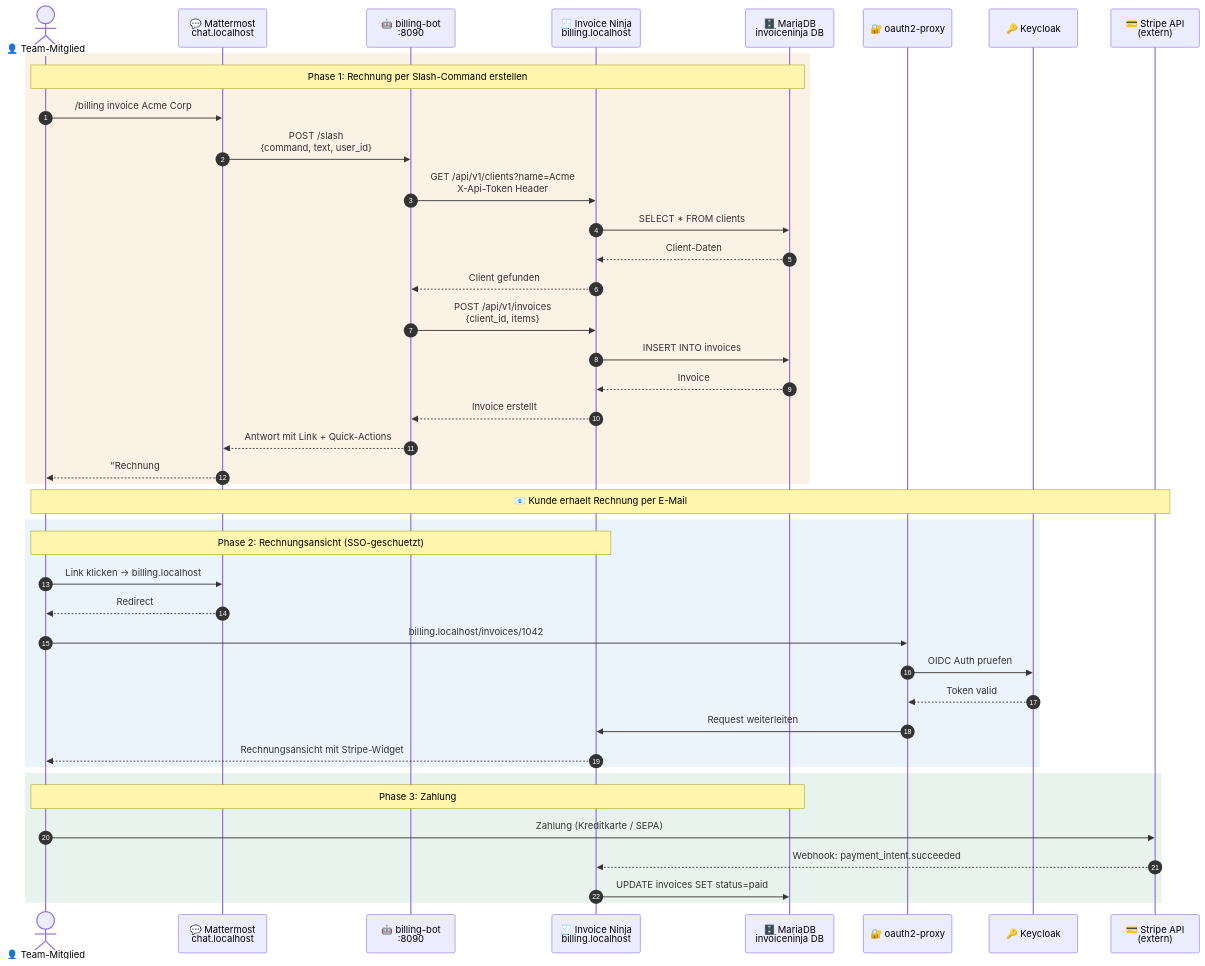
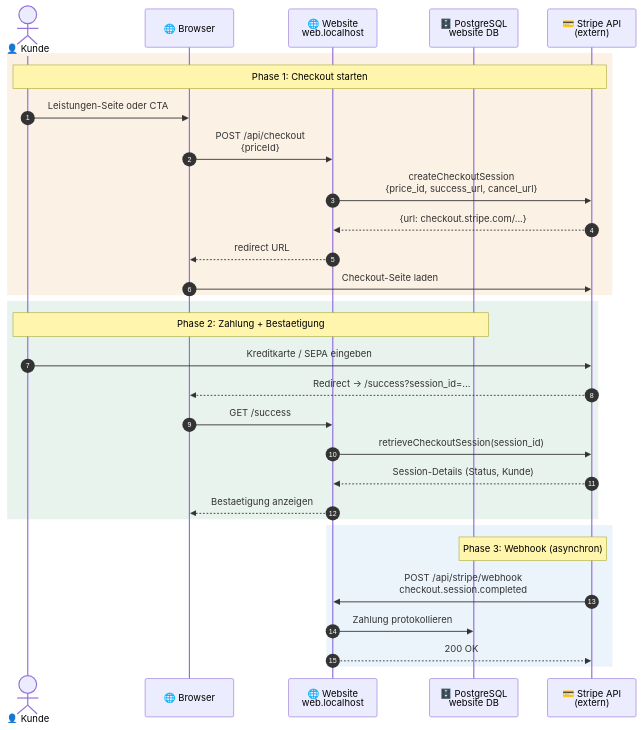
Before and after one commit to Paddione/Bachelorprojekt: the fifth of 10 diagrams in docs/architecture.md, drawn with Mermaid. The commit also changed other lines of this file and 11 other files, not shown here.

First line of the commit message:
docs: overhaul documentation to reflect current architecture

````diff
--- a/docs/architecture.md
+++ b/docs/architecture.md
@@ -387,49 +347,37 @@
 ```mermaid
 sequenceDiagram
     autonumber
 
-    actor User as 👤 Team-Mitglied
-    participant MM as 💬 Mattermost<br/>chat.localhost
-    participant BB as 🤖 billing-bot<br/>:8090
-    participant IN as 🧾 Invoice Ninja<br/>billing.localhost
-    participant MARIA as 🗄️ MariaDB<br/>invoiceninja DB
-    participant OAUTH as 🔐 oauth2-proxy
-    participant KC as 🔑 Keycloak
+    actor User as 👤 Kunde
+    participant Browser as 🌐 Browser
+    participant WEB as 🌐 Website<br/>web.localhost
+    participant DB as 🗄️ PostgreSQL<br/>website DB
     participant Stripe as 💳 Stripe API<br/>(extern)
 
     rect rgba(217, 119, 6, 0.1)
-        Note over User,MARIA: Phase 1: Rechnung per Slash-Command erstellen
-        User ->> MM: /billing invoice Acme Corp
-        MM ->> BB: POST /slash<br/>{command, text, user_id}
-        BB ->> IN: GET /api/v1/clients?name=Acme<br/>X-Api-Token Header
-        IN ->> MARIA: SELECT * FROM clients
-        MARIA -->> IN: Client-Daten
-        IN -->> BB: Client gefunden
-        BB ->> IN: POST /api/v1/invoices<br/>{client_id, items}
-        IN ->> MARIA: INSERT INTO invoices
-        MARIA -->> IN: Invoice #1042
-        IN -->> BB: Invoice erstellt
-        BB -->> MM: Antwort mit Link + Quick-Actions
-        MM -->> User: "Rechnung #1042 erstellt fuer Acme Corp"
-    end
-
-    Note over User,Stripe: 📧 Kunde erhaelt Rechnung per E-Mail
-
-    rect rgba(74, 144, 217, 0.1)
-        Note over User,IN: Phase 2: Rechnungsansicht (SSO-geschuetzt)
-        User ->> MM: Link klicken → billing.localhost
-        MM -->> User: Redirect
-        User ->> OAUTH: billing.localhost/invoices/1042
-        OAUTH ->> KC: OIDC Auth pruefen
-        KC -->> OAUTH: Token valid
-        OAUTH ->> IN: Request weiterleiten
-        IN -->> User: Rechnungsansicht mit Stripe-Widget
+        Note over User,Stripe: Phase 1: Checkout starten
+        User ->> Browser: Leistungen-Seite oder CTA
+        Browser ->> WEB: POST /api/checkout<br/>{priceId}
+        WEB ->> Stripe: createCheckoutSession<br/>{price_id, success_url, cancel_url}
+        Stripe -->> WEB: {url: checkout.stripe.com/...}
+        WEB -->> Browser: redirect URL
+        Browser ->> Stripe: Checkout-Seite laden
     end
 
     rect rgba(45, 134, 89, 0.1)
-        Note over User,MARIA: Phase 3: Zahlung
-        User ->> Stripe: Zahlung (Kreditkarte / SEPA)
-        Stripe -->> IN: Webhook: payment_intent.succeeded
-        IN ->> MARIA: UPDATE invoices SET status=paid
+        Note over User,DB: Phase 2: Zahlung + Bestaetigung
+        User ->> Stripe: Kreditkarte / SEPA eingeben
+        Stripe -->> Browser: Redirect → /success?session_id=...
+        Browser ->> WEB: GET /success
+        WEB ->> Stripe: retrieveCheckoutSession(session_id)
+        Stripe -->> WEB: Session-Details (Status, Kunde)
+        WEB -->> Browser: Bestaetigung anzeigen
+    end
+
+    rect rgba(74, 144, 217, 0.1)
+        Note over Stripe,DB: Phase 3: Webhook (asynchron)
+        Stripe ->> WEB: POST /api/stripe/webhook<br/>checkout.session.completed
+        WEB ->> DB: Zahlung protokollieren
+        WEB -->> Stripe: 200 OK
     end
 ```
````
